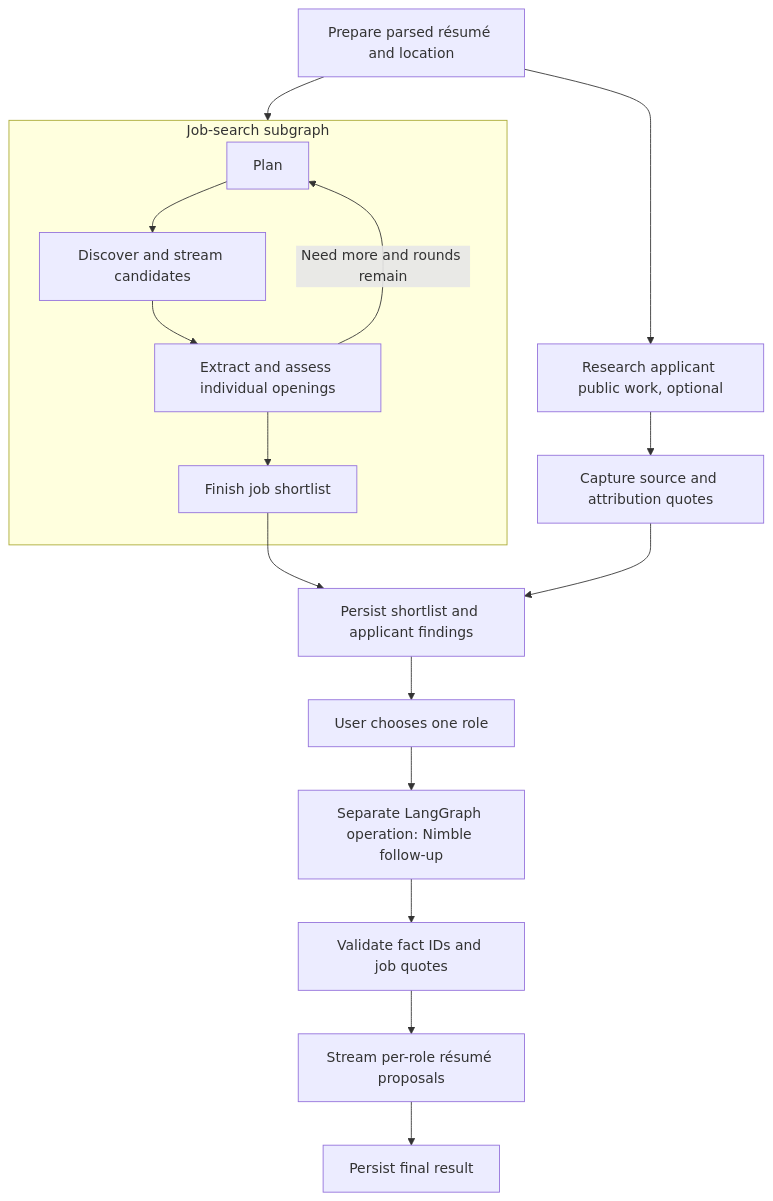
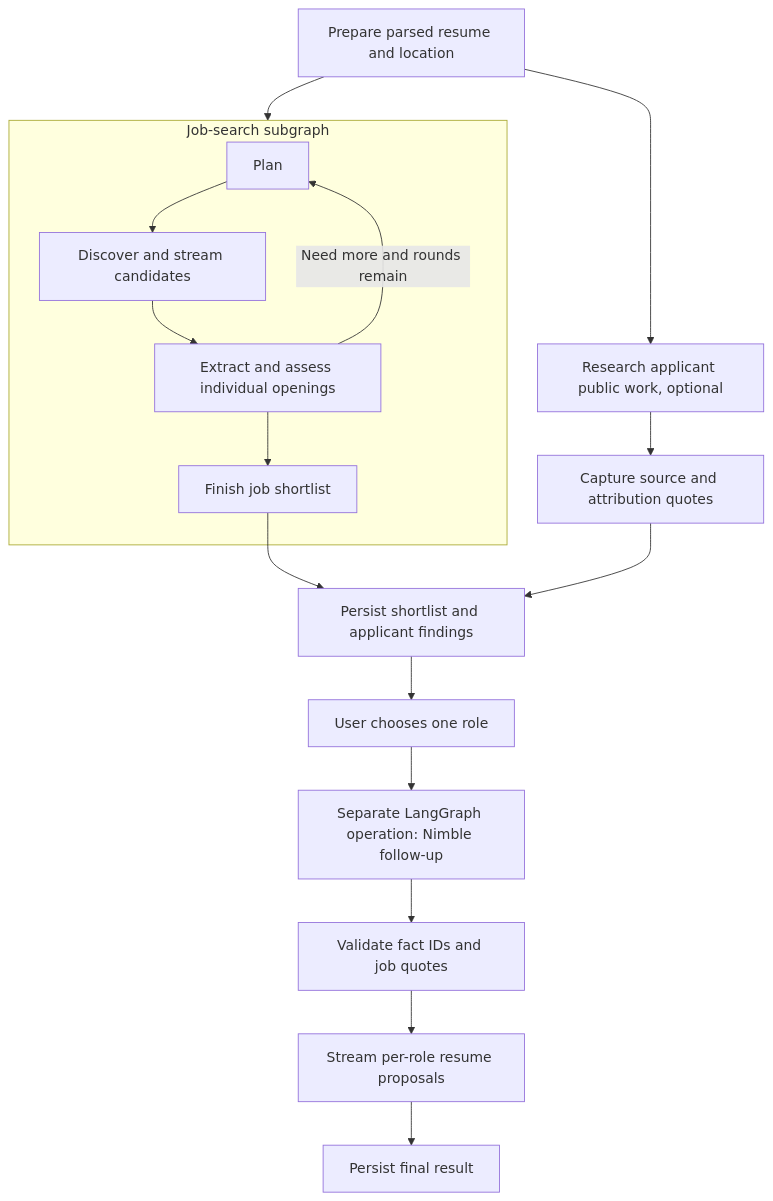
One commit to ojusave/nimble-proof-agent changed the second of 2 diagrams in docs/design.md. Above: the diagram before and after it, drawn with Mermaid. The commit also changed other lines of this file and 1 other file, not shown here.

Commit message:
Explain Proof for first-time readers and simplify the architecture

````diff
--- a/docs/design.md
+++ b/docs/design.md
@@ -26,19 +26,19 @@
 ```mermaid
 flowchart TD
-  START[Prepare parsed résumé and location] --> JOBS
+  START[Prepare parsed resume and location] --> JOBS
   START --> PROFILE[Research applicant public work, optional]
   subgraph JOBS[Job-search subgraph]
     P[Plan] --> D[Discover and stream candidates]
     D --> S[Extract and assess individual openings]
     S -->|Need more and rounds remain| P
     S --> F[Finish job shortlist]
   end
   PROFILE --> EX[Capture source and attribution quotes]
   F --> JOIN[Persist shortlist and applicant findings]
   EX --> JOIN
   JOIN --> PICK[User chooses one role]
   PICK --> T[Separate LangGraph operation: Nimble follow-up]
   T --> V[Validate fact IDs and job quotes]
-  V --> STREAM[Stream per-role résumé proposals]
+  V --> STREAM[Stream per-role resume proposals]
   STREAM --> END[Persist final result]
 ```
````
